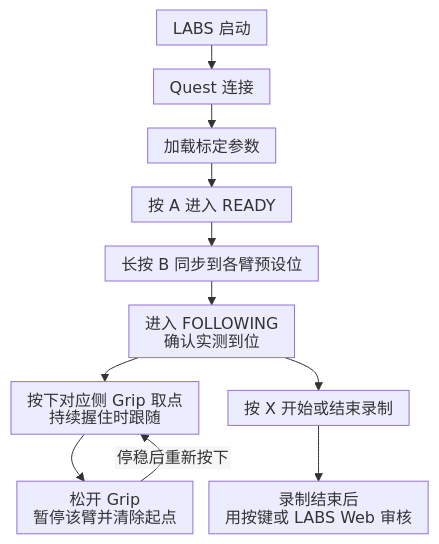
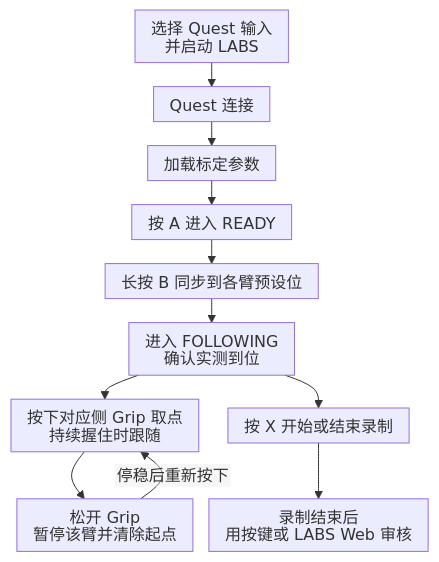
The seventh of 7 diagrams in Quest.md (YYxzz8866/Quest-Proposal), drawn with Mermaid before and after one commit. The commit also changed other lines of this file and 5 other files, not shown here.

````diff
--- a/Quest.md
+++ b/Quest.md
@@ -847,22 +847,22 @@
 ```mermaid
 %%{init: {"htmlLabels": false, "flowchart": {"htmlLabels": false, "useMaxWidth": true, "nodeSpacing": 16, "rankSpacing": 24, "padding": 8}}}%%
 flowchart TD
-    N0["LABS 启动"]
+    N0["选择 Quest 输入<br/>并启动 LABS"]
     N1["Quest 连接"]
     N2["加载标定参数"]
     N3["按 A 进入 READY"]
     N4["长按 B 同步到各臂预设位"]
     Arrived["进入 FOLLOWING<br/>确认实测到位"]
     N5["按下对应侧 Grip 取点<br/>持续握住时跟随"]
     N6["按 X 开始或结束录制"]
     N7["松开 Grip<br/>暂停该臂并清除起点"]
     N8["录制结束后<br/>用按键或 LABS Web 审核"]
     N0 --> N1
     N1 --> N2
     N2 --> N3
     N3 --> N4
     N4 --> Arrived
     Arrived --> N5 --> N7
     N7 -->|停稳后重新按下| N5
     Arrived --> N6 --> N8
 ```
````
